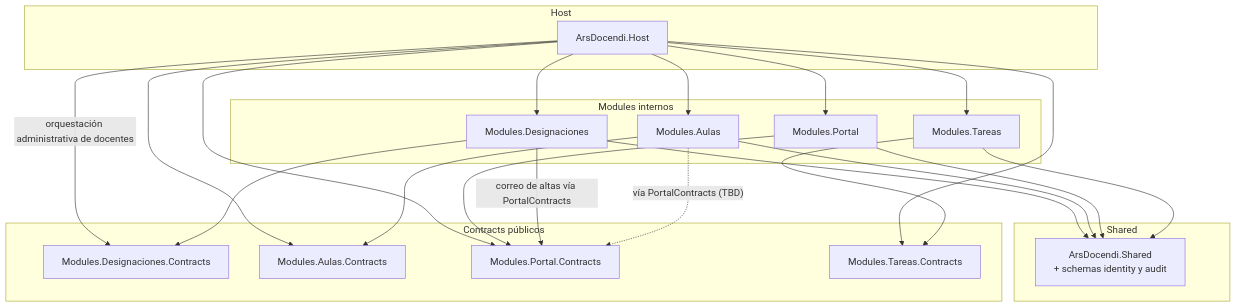
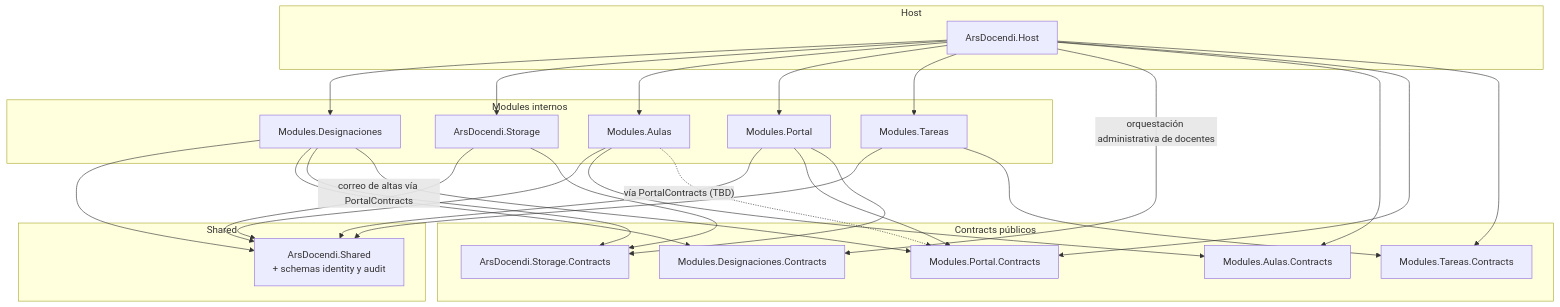
Before and after one commit to Ars-Docendi/ars-docendi: the diagram in docs/architecture/dependency-graph.md, drawn with Mermaid. The commit also changed other lines of this file and 127 other files, not shown here.

````diff
--- a/docs/architecture/dependency-graph.md
+++ b/docs/architecture/dependency-graph.md
@@ -9,43 +9,50 @@
 ```mermaid
 flowchart TD
   subgraph host [Host]
     Host["ArsDocendi.Host"]
   end
   subgraph shared [Shared]
     Shared["ArsDocendi.Shared<br/>+ schemas identity y audit"]
   end
   subgraph contracts [Contracts públicos]
+    StorageContracts["ArsDocendi.Storage.Contracts"]
     DesignacionesContracts["Modules.Designaciones.Contracts"]
     AulasContracts["Modules.Aulas.Contracts"]
     PortalContracts["Modules.Portal.Contracts"]
     TareasContracts["Modules.Tareas.Contracts"]
   end
   subgraph modules [Modules internos]
+    Storage["ArsDocendi.Storage"]
     Designaciones["Modules.Designaciones"]
     Aulas["Modules.Aulas"]
     Portal["Modules.Portal"]
     Tareas["Modules.Tareas"]
   end
 
   Host --> Designaciones
+  Host --> Storage
   Host --> Aulas
   Host --> Portal
   Host --> Tareas
   Host -->|"orquestación administrativa de docentes"| DesignacionesContracts
   Host --> AulasContracts
   Host --> PortalContracts
   Host --> TareasContracts
 
   Designaciones --> Shared
+  Storage --> Shared
   Aulas --> Shared
   Portal --> Shared
   Tareas --> Shared
 
   Designaciones --> DesignacionesContracts
+  Storage --> StorageContracts
+  Designaciones --> StorageContracts
   Aulas --> AulasContracts
   Portal --> PortalContracts
+  Portal --> StorageContracts
   Tareas --> TareasContracts
 
   Designaciones -->|"correo de altas vía PortalContracts"| PortalContracts
   Aulas -.->|"vía PortalContracts (TBD)"| PortalContracts
 ```
````
